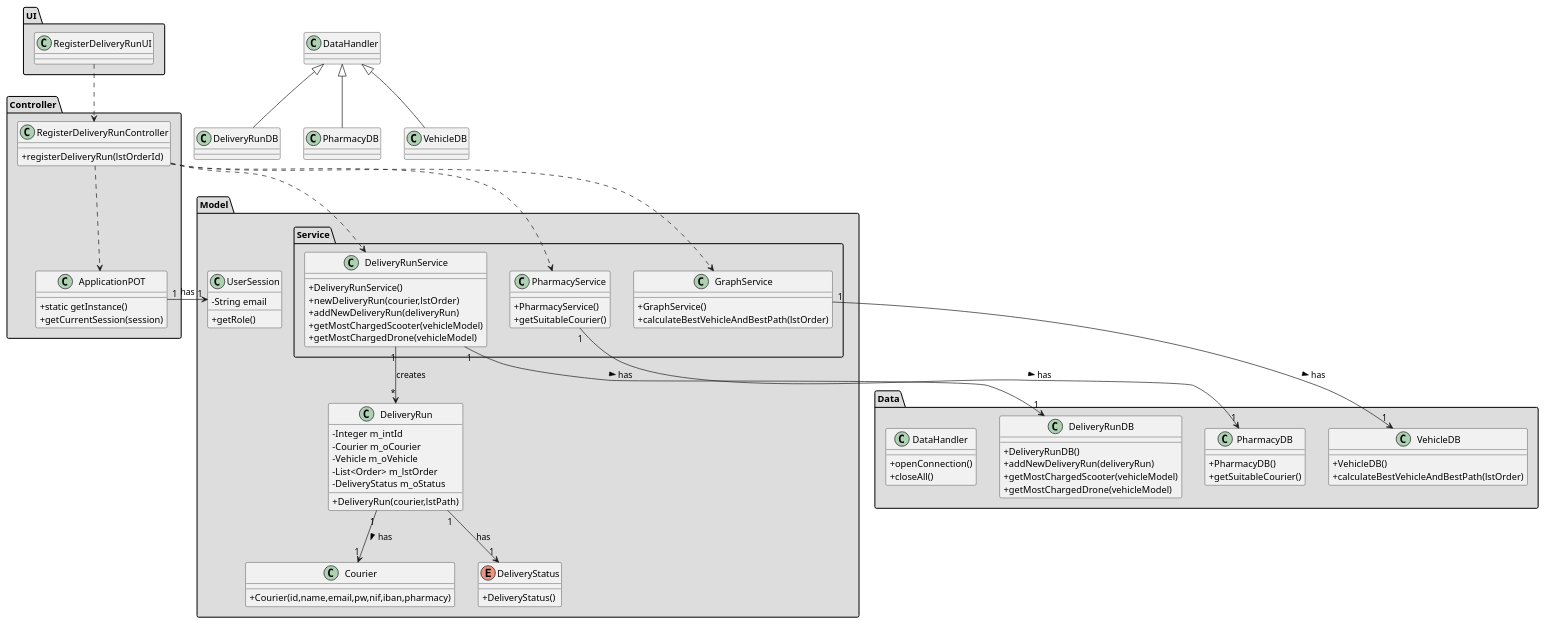
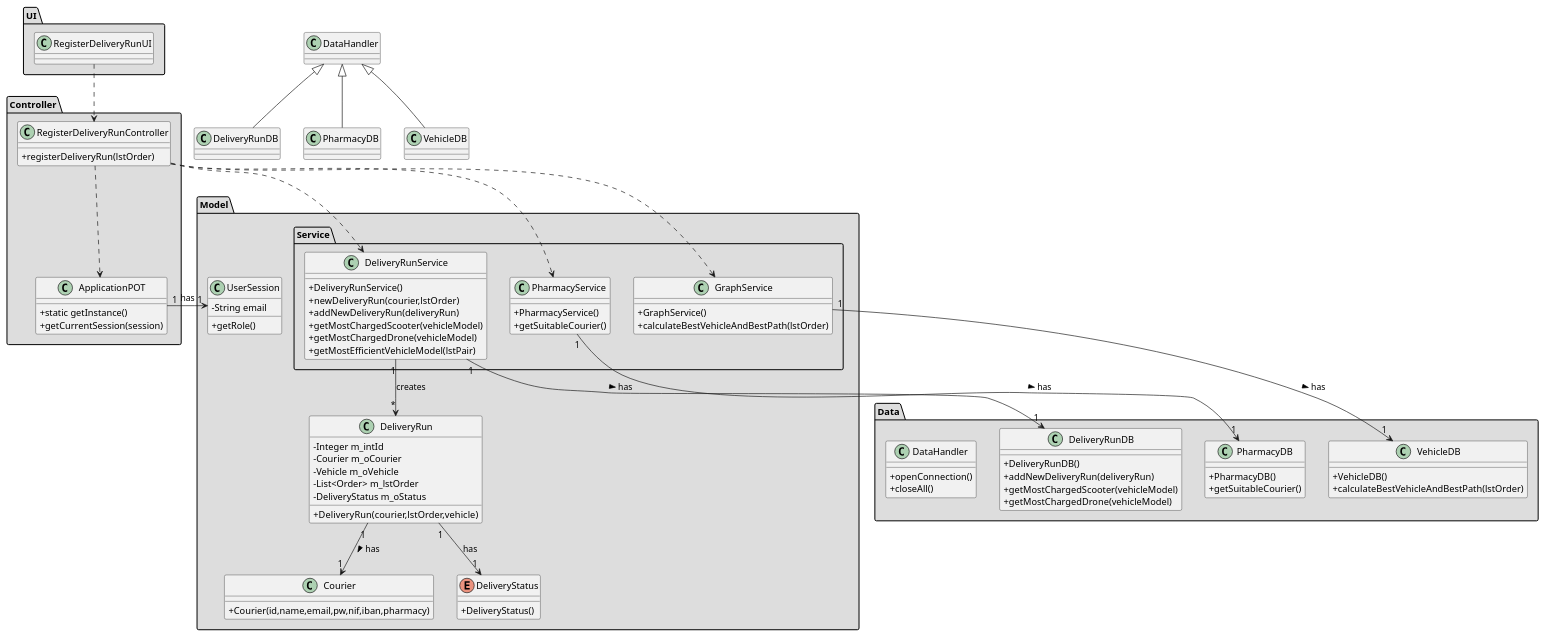
One commit to tiagoavcosta25/LAPR3 changed the diagram in docs/Iteration 3/Delivery Management/Refinement/US206_RegisterDeliveryRun/US206_CD.puml. Above: the diagram before and after it, drawn with PlantUML. The commit also changed 3 other files, not shown here.

Commit message:
LAPR2AP2-206 #fixing RegisterDeliveryRun [Analysis]

```diff
--- a/docs/Iteration 3/Delivery Management/Refinement/US206_RegisterDeliveryRun/US206_CD.puml
+++ b/docs/Iteration 3/Delivery Management/Refinement/US206_RegisterDeliveryRun/US206_CD.puml
@@ -1,133 +1,134 @@
 @startuml
 skinparam classAttributeIconSize 0
 
 
 package "Controller" #DDDDDD {
 class ApplicationPOT
 {
   +static getInstance()
   +getCurrentSession(session)
 }
 }
 
 package "Data" #DDDDDD {
 
 class DeliveryRunDB {
 +DeliveryRunDB()
 +addNewDeliveryRun(deliveryRun)
 +getMostChargedScooter(vehicleModel)
 +getMostChargedDrone(vehicleModel)
 }
 
 class PharmacyDB {
 +PharmacyDB()
 +getSuitableCourier()
 }
 
 class VehicleDB {
 +VehicleDB()
 +calculateBestVehicleAndBestPath(lstOrder)
 }
 
 
 class DataHandler{
 +openConnection()
 +closeAll()
 }
 
 }
 
 package "UI" #DDDDDD {
 class RegisterDeliveryRunUI{
 
 }
 
 
 
 }
 
 
 package "Controller" #DDDDDD {
 class RegisterDeliveryRunController{
-+registerDeliveryRun(lstOrderId)
++registerDeliveryRun(lstOrder)
 }
 }
 
 
 package "Model" #DDDDDD {
 
 
 class Courier{
 +Courier(id,name,email,pw,nif,iban,pharmacy)
 }
 
 class DeliveryRun{
 -Integer m_intId
 -Courier m_oCourier
 -Vehicle m_oVehicle
 -List<Order> m_lstOrder
 -DeliveryStatus m_oStatus
-+DeliveryRun(courier,lstPath)
++DeliveryRun(courier,lstOrder,vehicle)
 }
 
 }
 
 package "Model" #DDDDDD {
 class UserSession{
 -String email
 +getRole()
 }
 
 package "Service" #DDDDDD {
 
 
 class DeliveryRunService {
 +DeliveryRunService()
 +newDeliveryRun(courier,lstOrder)
 +addNewDeliveryRun(deliveryRun)
 +getMostChargedScooter(vehicleModel)
 +getMostChargedDrone(vehicleModel)
++getMostEfficientVehicleModel(lstPair)
 }
 
 class PharmacyService {
 +PharmacyService()
 +getSuitableCourier()
 }
 
 class GraphService {
 +GraphService()
 +calculateBestVehicleAndBestPath(lstOrder)
 }
 
 
 }
 
 enum DeliveryStatus{
 +DeliveryStatus()
 }
 }
 
 
 
 
 
 
 RegisterDeliveryRunUI ..> RegisterDeliveryRunController
 RegisterDeliveryRunController ..> DeliveryRunService
 RegisterDeliveryRunController ..> GraphService
 RegisterDeliveryRunController ..> ApplicationPOT
 RegisterDeliveryRunController ..> PharmacyService
 PharmacyService "1" --> "1" PharmacyDB : has >
 DeliveryRunService "1" --> "1" DeliveryRunDB : has >
 GraphService "1" --> "1" VehicleDB : has >
 DeliveryRun "1" --> "1" Courier : has >
 DeliveryRun "1" --> "1" DeliveryStatus : has
 
 DeliveryRunService "1" --> "*" DeliveryRun : creates
 
 class DeliveryRunDB extends DataHandler
 class PharmacyDB extends DataHandler
 class VehicleDB extends DataHandler
 ApplicationPOT "1" -> "1" UserSession : has
 
 @enduml
```
